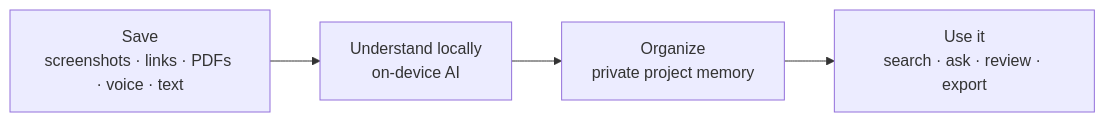
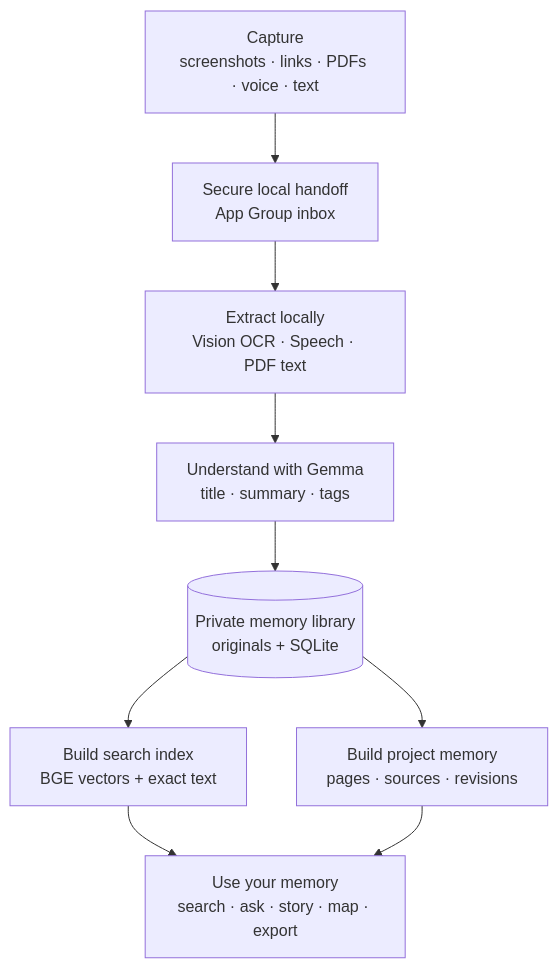
Before and after one commit to Aaryan126/Remember-Gemini-Hackathon: the first of 2 diagrams in readme.md, drawn with Mermaid.

Commit message:
updated-readme

````diff
--- a/readme.md
+++ b/readme.md
@@ -34,9 +34,15 @@
 ```mermaid
-flowchart LR
-    A[Save<br/>screenshots · links · PDFs · voice · text]
-    B[Understand locally<br/>on-device AI]
-    C[Organize<br/>private project memory]
-    D[Use it<br/>search · ask · review · export]
+flowchart TD
+    A[Capture<br/>screenshots · links · PDFs · voice · text]
+    B[Secure local handoff<br/>App Group inbox]
+    C[Extract locally<br/>Vision OCR · Speech · PDF text]
+    D[Understand with Gemma<br/>title · summary · tags]
+    E[(Private memory library<br/>originals + SQLite)]
+    F[Build search index<br/>BGE vectors + exact text]
+    G[Build project memory<br/>pages · sources · revisions]
+    H[Use your memory<br/>search · ask · story · map · export]
 
-    A --> B --> C --> D
+    A --> B --> C --> D --> E
+    E --> F --> H
+    E --> G --> H
 ```
````
